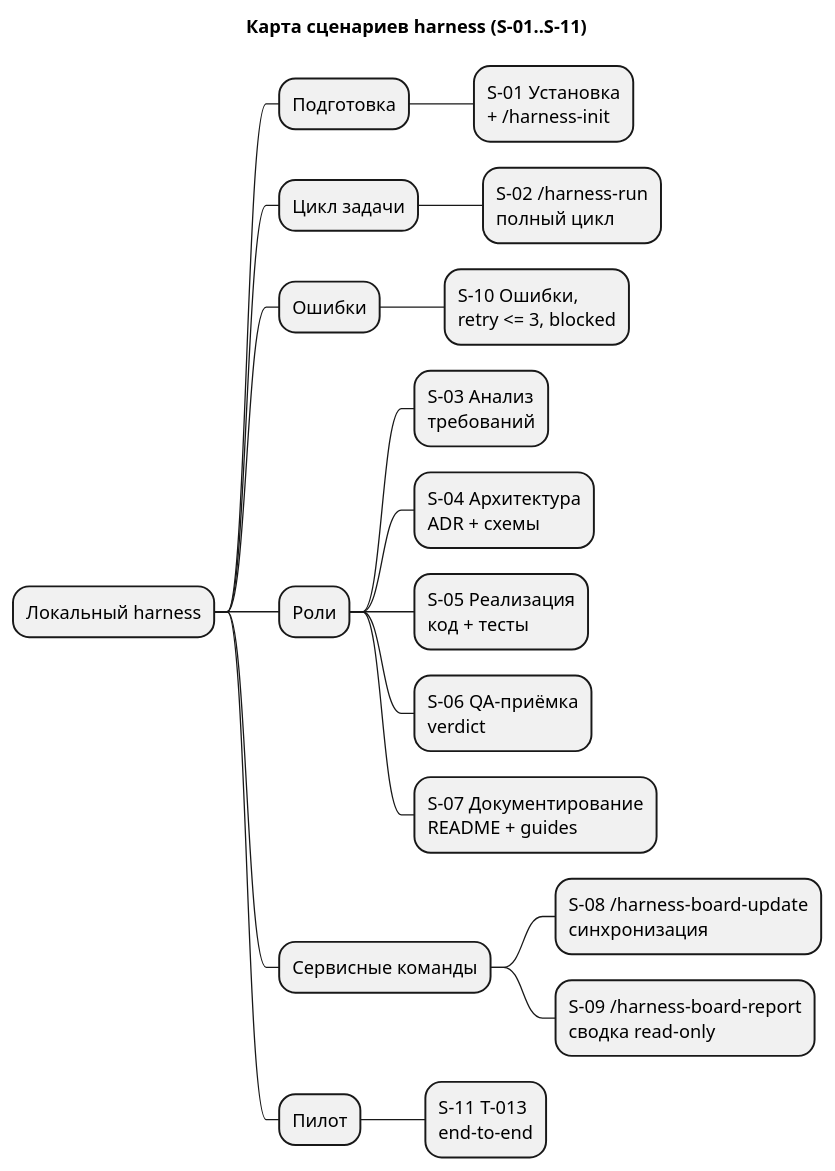
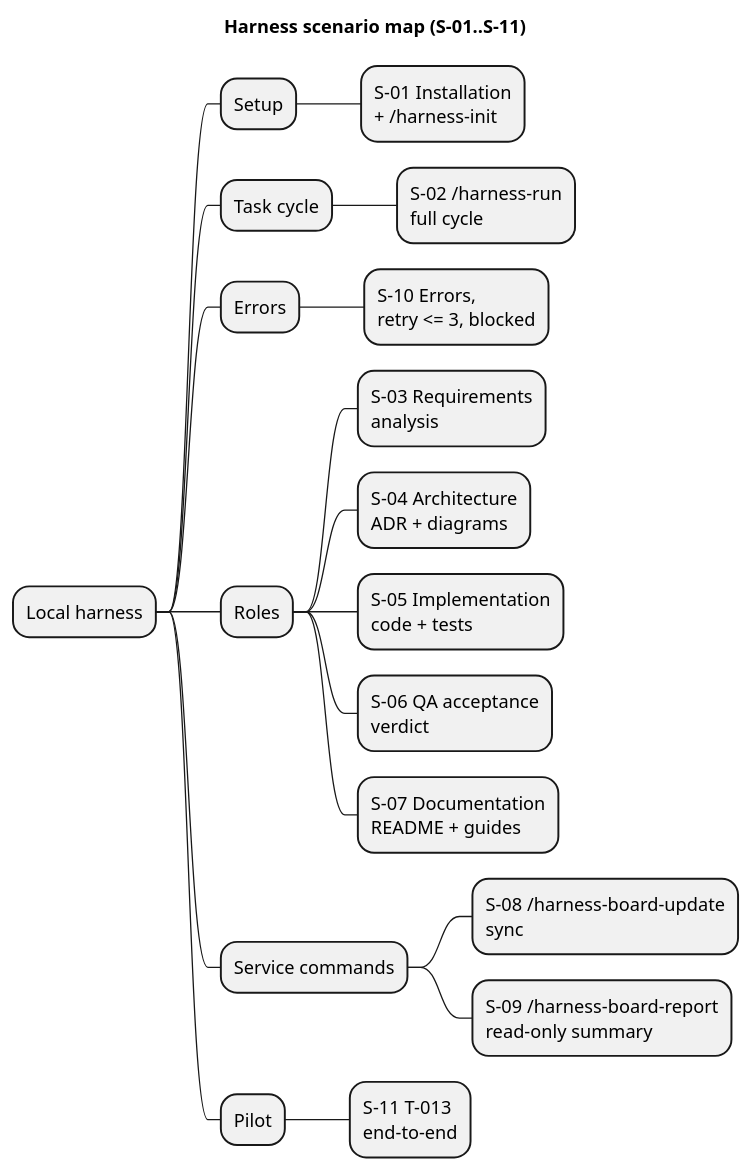
One commit to serge-sasov/harness changed the diagram in docs/description/diagrams/scenario-map.puml. Above: the diagram before and after it, drawn with PlantUML. The commit also changed 62 other files, not shown here.

```diff
--- a/docs/description/diagrams/scenario-map.puml
+++ b/docs/description/diagrams/scenario-map.puml
@@ -1,23 +1,23 @@
 @startmindmap
 skinparam defaultFontName Segoe UI
-title Карта сценариев harness (S-01..S-11)
+title Harness scenario map (S-01..S-11)
 
-* Локальный harness
-** Подготовка
-*** S-01 Установка\n+ /harness-init
-** Цикл задачи
-*** S-02 /harness-run\nполный цикл
-** Ошибки
-*** S-10 Ошибки,\nretry <= 3, blocked
-** Роли
-*** S-03 Анализ\nтребований
-*** S-04 Архитектура\nADR + схемы
-*** S-05 Реализация\nкод + тесты
-*** S-06 QA-приёмка\nverdict
-*** S-07 Документирование\nREADME + guides
-** Сервисные команды
-*** S-08 /harness-board-update\nсинхронизация
-*** S-09 /harness-board-report\nсводка read-only
-** Пилот
+* Local harness
+** Setup
+*** S-01 Installation\n+ /harness-init
+** Task cycle
+*** S-02 /harness-run\nfull cycle
+** Errors
+*** S-10 Errors,\nretry <= 3, blocked
+** Roles
+*** S-03 Requirements\nanalysis
+*** S-04 Architecture\nADR + diagrams
+*** S-05 Implementation\ncode + tests
+*** S-06 QA acceptance\nverdict
+*** S-07 Documentation\nREADME + guides
+** Service commands
+*** S-08 /harness-board-update\nsync
+*** S-09 /harness-board-report\nread-only summary
+** Pilot
 *** S-11 T-013\nend-to-end
 @endmindmap
```
